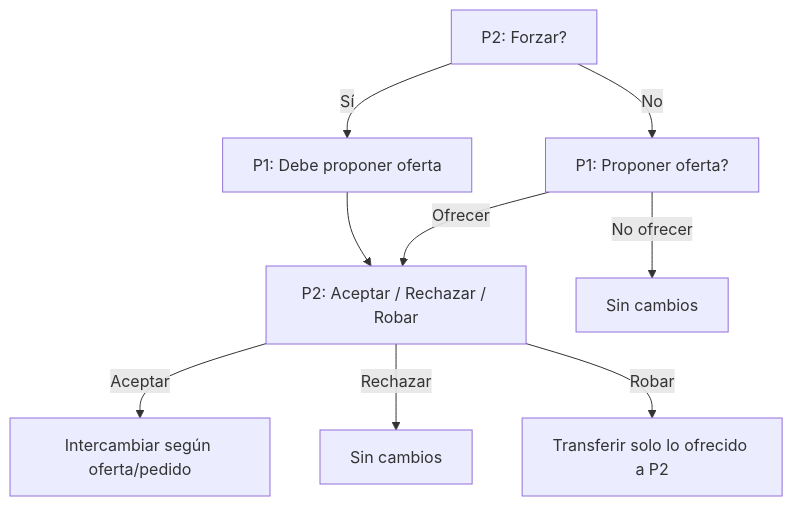
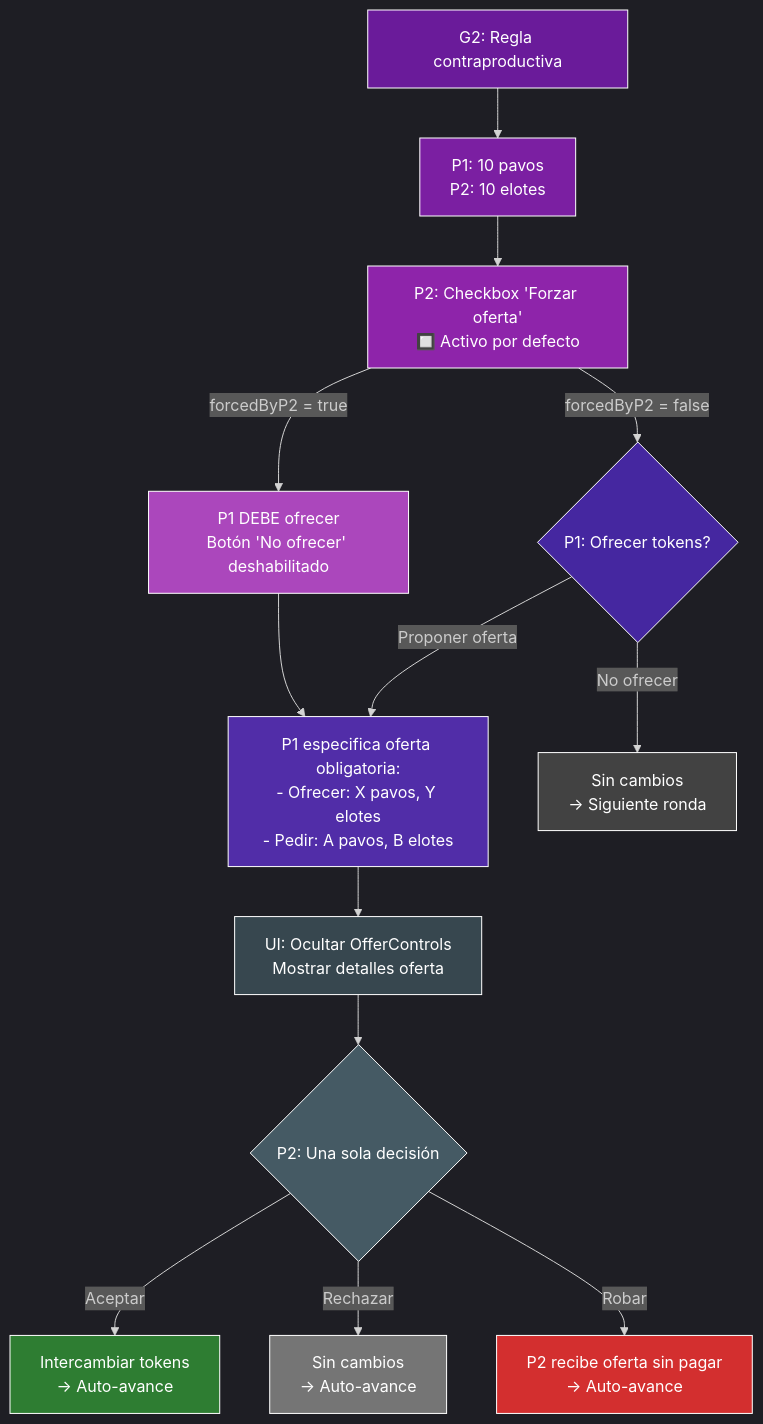
Before and after one commit to josedario87/snatchgame: the sixth of 11 diagrams in game-design-mermaid.md, drawn with Mermaid. The commit also changed other lines of this file and 8 other files, not shown here.

Commit message:
arreglados los mermaids

````diff
--- a/game-design-mermaid.md
+++ b/game-design-mermaid.md
@@ -155,12 +305,33 @@
 ```mermaid
 %% g2-counterproductive-rule.mmd
 flowchart TD
-  A2[P2: Forzar?] -->|Sí| F2[P1: Debe proponer oferta]
-  A2 -->|No| B2[P1: Proponer oferta?]
-  F2 --> C2[P2: Acción final]
-  B2 -->|No ofrecer| O1[Sin cambios]
-  B2 -->|Ofrecer| C2[P2: Aceptar / Rechazar / Robar]
-  C2 -->|Aceptar| O2[Intercambiar según oferta/pedido]
-  C2 -->|Rechazar| O3[Sin cambios]
-  C2 -->|Robar| O4[Transferir solo lo ofrecido a P2]
+  Start[G2: Regla contraproductiva] --> Init[P1: 10 pavos<br/>P2: 10 elotes]
+  Init --> A2[P2: Checkbox 'Forzar oferta'<br/>🔲 Activo por defecto]
+  A2 -->|forcedByP2 = true| F2[P1 DEBE ofrecer<br/>Botón 'No ofrecer' deshabilitado]
+  A2 -->|forcedByP2 = false| B2{P1: Ofrecer tokens?}
+  
+  F2 --> C2[P1 especifica oferta obligatoria:<br/>- Ofrecer: X pavos, Y elotes<br/>- Pedir: A pavos, B elotes]
+  B2 -->|No ofrecer| O1[Sin cambios<br/>→ Siguiente ronda]
+  B2 -->|Proponer oferta| C2
+  
+  C2 --> D2[UI: Ocultar OfferControls<br/>Mostrar detalles oferta]
+  D2 --> E2{P2: Una sola decisión}
+  
+  E2 -->|Aceptar| O2[Intercambiar tokens<br/>→ Auto-avance]
+  E2 -->|Rechazar| O3[Sin cambios<br/>→ Auto-avance]
+  E2 -->|Robar| O4[P2 recibe oferta sin pagar<br/>→ Auto-avance]
+  
+  %%{init: {'theme':'dark'}}%%
+  style Start fill:#6a1b9a,stroke:#fff,color:#fff
+  style Init fill:#7b1fa2,stroke:#fff,color:#fff
+  style A2 fill:#8e24aa,stroke:#fff,color:#fff
+  style F2 fill:#ab47bc,stroke:#fff,color:#fff
+  style B2 fill:#4527a0,stroke:#fff,color:#fff
+  style C2 fill:#512da8,stroke:#fff,color:#fff
+  style D2 fill:#37474f,stroke:#fff,color:#fff
+  style E2 fill:#455a64,stroke:#fff,color:#fff
+  style O1 fill:#424242,stroke:#fff,color:#fff
+  style O2 fill:#2e7d32,stroke:#fff,color:#fff
+  style O3 fill:#757575,stroke:#fff,color:#fff
+  style O4 fill:#d32f2f,stroke:#fff,color:#fff
 ```
````
